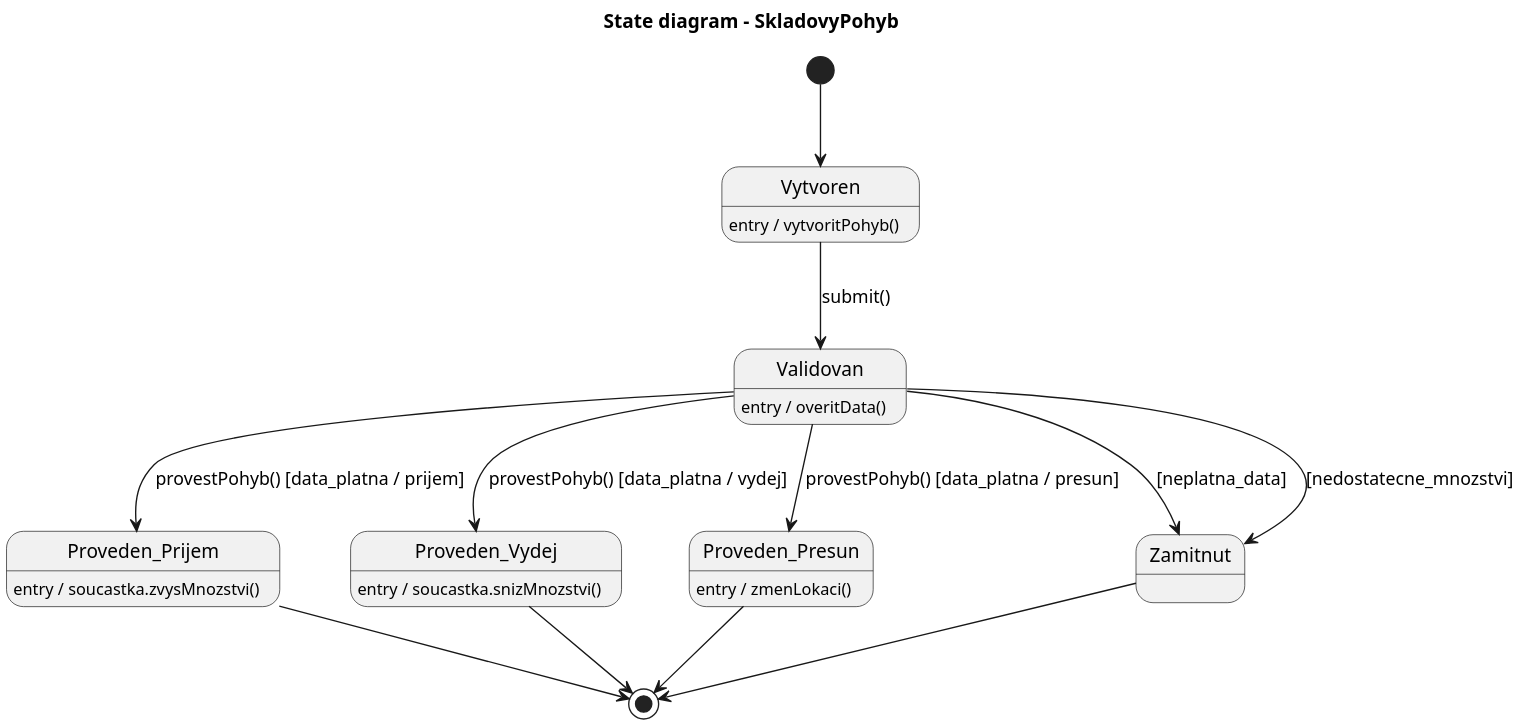
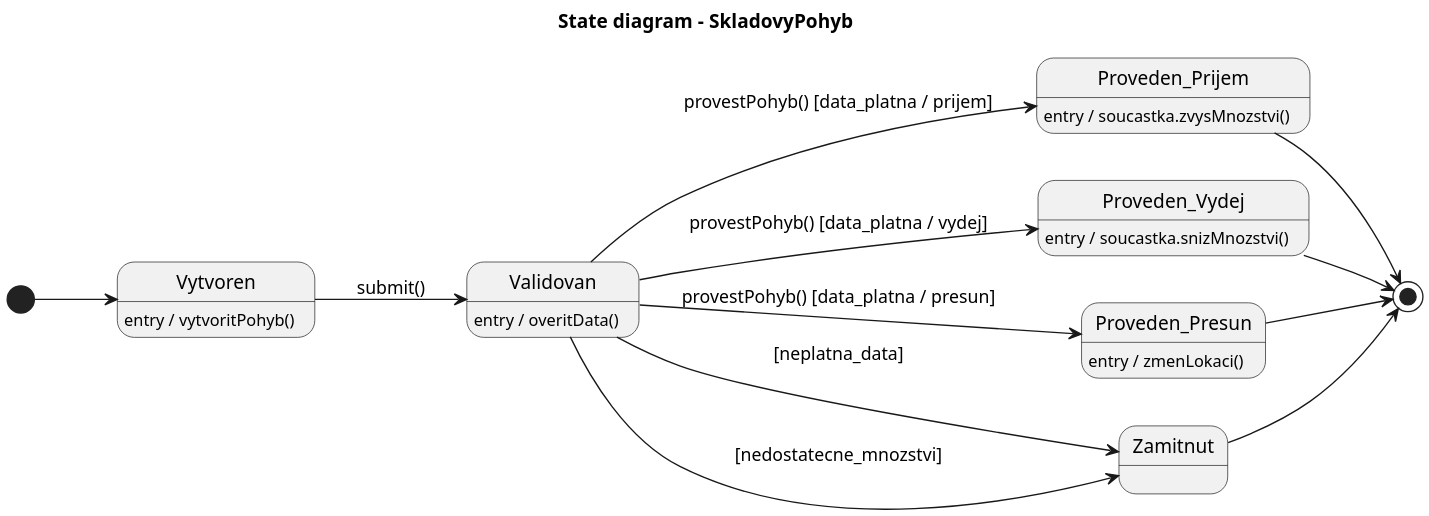
One commit to lkvapil/wms-elektronicke-soucastky changed the diagram in diagrams/09_state_pohyb_skladu.puml. Above: the diagram before and after it, drawn with PlantUML. The commit also changed 3 other files, not shown here.

Commit message:
docs: state diagram SkladovyPohyb horizontal layout, vyplneni cele stranky

```diff
--- a/diagrams/09_state_pohyb_skladu.puml
+++ b/diagrams/09_state_pohyb_skladu.puml
@@ -1,26 +1,27 @@
 @startuml
 scale 2
+left to right direction
 title State diagram - SkladovyPohyb
 
 [*] --> Vytvoren
 
 Vytvoren : entry / vytvoritPohyb()
 Vytvoren --> Validovan : submit()
 
 Validovan : entry / overitData()
 Validovan --> Proveden_Prijem : provestPohyb() [data_platna / prijem]
 Validovan --> Proveden_Vydej : provestPohyb() [data_platna / vydej]
 Validovan --> Proveden_Presun : provestPohyb() [data_platna / presun]
 Validovan --> Zamitnut : [neplatna_data]
 Validovan --> Zamitnut : [nedostatecne_mnozstvi]
 
 Proveden_Prijem : entry / soucastka.zvysMnozstvi()
 Proveden_Vydej : entry / soucastka.snizMnozstvi()
 Proveden_Presun : entry / zmenLokaci()
 
 Proveden_Prijem --> [*]
 Proveden_Vydej --> [*]
 Proveden_Presun --> [*]
 Zamitnut --> [*]
 
 @enduml
```
